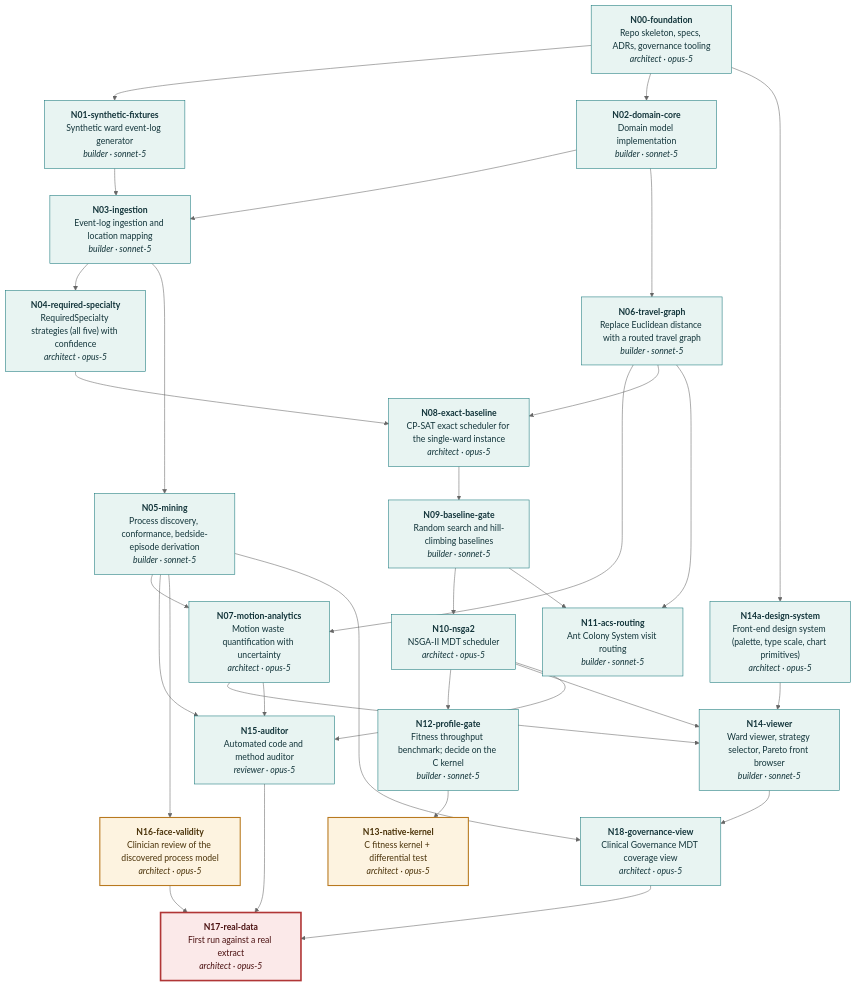
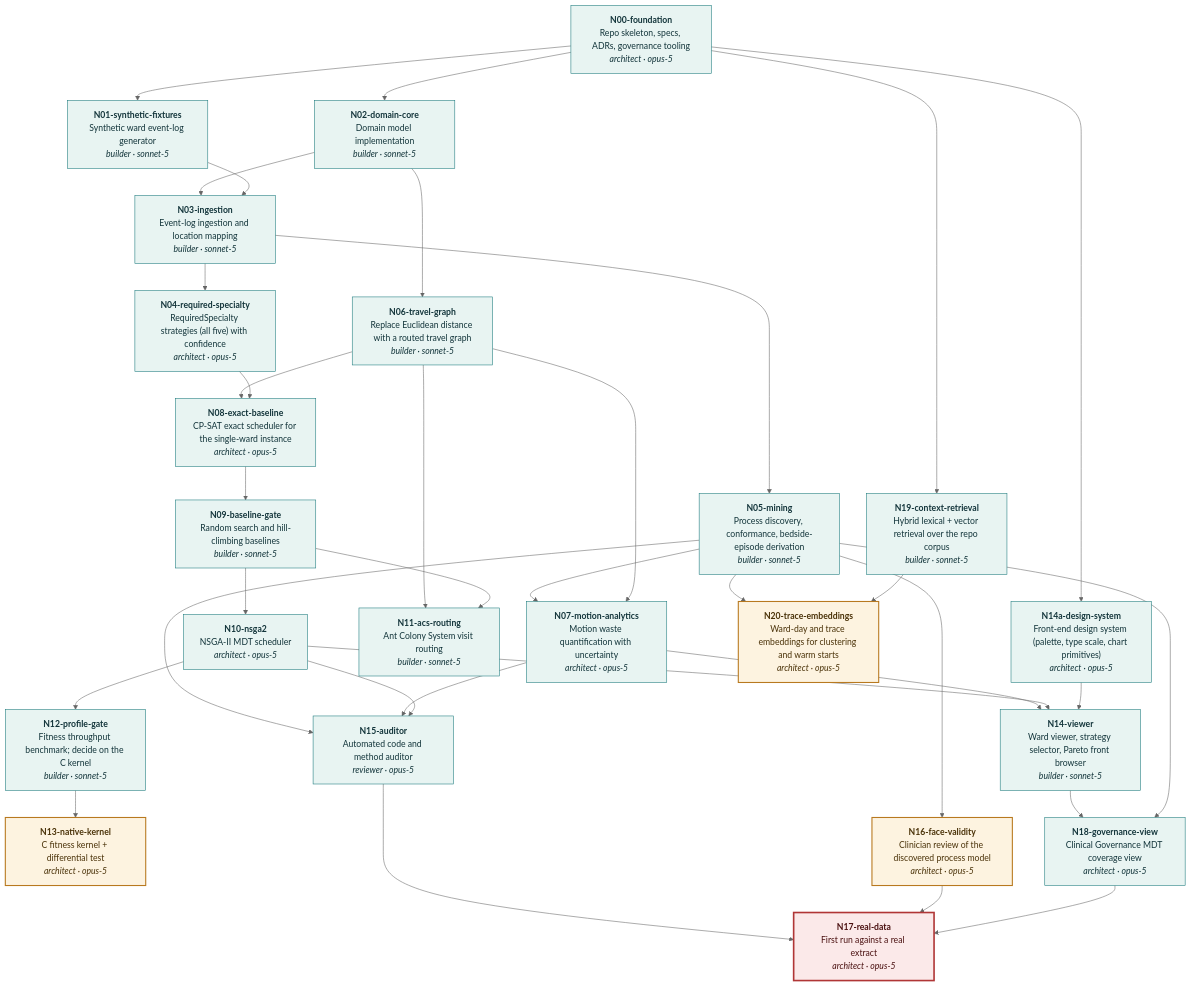
Before and after one commit to mmonfar/hospital-ward-process-mining: the diagram in orchestration/graph.mmd, drawn with Mermaid (neutral theme). The commit also changed 31 other files, not shown here.

```diff
--- a/orchestration/graph.mmd
+++ b/orchestration/graph.mmd
@@ -1,57 +1,62 @@
 %% GENERATED by `hwpm govern graph --mermaid`. Edit graph.yaml instead.
 flowchart TD
   classDef auto fill:#e8f4f2,stroke:#16777a,color:#12343a;
   classDef confirm fill:#fdf3e0,stroke:#b8791f,color:#4a3208,stroke-width:2px;
   classDef stop fill:#fbe9e9,stroke:#b03636,color:#4a1010,stroke-width:3px;
 
   N00-foundation["<b>N00-foundation</b><br/>Repo skeleton, specs, ADRs, governance tooling<br/><i>architect · opus-5</i>"]:::auto
   N01-synthetic-fixtures["<b>N01-synthetic-fixtures</b><br/>Synthetic ward event-log generator<br/><i>builder · sonnet-5</i>"]:::auto
   N02-domain-core["<b>N02-domain-core</b><br/>Domain model implementation<br/><i>builder · sonnet-5</i>"]:::auto
   N03-ingestion["<b>N03-ingestion</b><br/>Event-log ingestion and location mapping<br/><i>builder · sonnet-5</i>"]:::auto
   N04-required-specialty["<b>N04-required-specialty</b><br/>RequiredSpecialty strategies (all five) with confidence<br/><i>architect · opus-5</i>"]:::auto
   N05-mining["<b>N05-mining</b><br/>Process discovery, conformance, bedside-episode derivation<br/><i>builder · sonnet-5</i>"]:::auto
   N06-travel-graph["<b>N06-travel-graph</b><br/>Replace Euclidean distance with a routed travel graph<br/><i>builder · sonnet-5</i>"]:::auto
   N07-motion-analytics["<b>N07-motion-analytics</b><br/>Motion waste quantification with uncertainty<br/><i>architect · opus-5</i>"]:::auto
   N08-exact-baseline["<b>N08-exact-baseline</b><br/>CP-SAT exact scheduler for the single-ward instance<br/><i>architect · opus-5</i>"]:::auto
   N09-baseline-gate["<b>N09-baseline-gate</b><br/>Random search and hill-climbing baselines<br/><i>builder · sonnet-5</i>"]:::auto
   N10-nsga2["<b>N10-nsga2</b><br/>NSGA-II MDT scheduler<br/><i>architect · opus-5</i>"]:::auto
   N11-acs-routing["<b>N11-acs-routing</b><br/>Ant Colony System visit routing<br/><i>builder · sonnet-5</i>"]:::auto
   N12-profile-gate["<b>N12-profile-gate</b><br/>Fitness throughput benchmark; decide on the C kernel<br/><i>builder · sonnet-5</i>"]:::auto
   N13-native-kernel["<b>N13-native-kernel</b><br/>C fitness kernel + differential test<br/><i>architect · opus-5</i>"]:::confirm
   N14a-design-system["<b>N14a-design-system</b><br/>Front-end design system (palette, type scale, chart primitives)<br/><i>architect · opus-5</i>"]:::auto
   N14-viewer["<b>N14-viewer</b><br/>Ward viewer, strategy selector, Pareto front browser<br/><i>builder · sonnet-5</i>"]:::auto
   N15-auditor["<b>N15-auditor</b><br/>Automated code and method auditor<br/><i>reviewer · opus-5</i>"]:::auto
   N16-face-validity["<b>N16-face-validity</b><br/>Clinician review of the discovered process model<br/><i>architect · opus-5</i>"]:::confirm
   N18-governance-view["<b>N18-governance-view</b><br/>Clinical Governance MDT coverage view<br/><i>architect · opus-5</i>"]:::auto
+  N19-context-retrieval["<b>N19-context-retrieval</b><br/>Hybrid lexical + vector retrieval over the repo corpus<br/><i>builder · sonnet-5</i>"]:::auto
+  N20-trace-embeddings["<b>N20-trace-embeddings</b><br/>Ward-day and trace embeddings for clustering and warm starts<br/><i>architect · opus-5</i>"]:::confirm
   N17-real-data["<b>N17-real-data</b><br/>First run against a real extract<br/><i>architect · opus-5</i>"]:::stop
 
   N00-foundation --> N01-synthetic-fixtures
   N00-foundation --> N02-domain-core
   N02-domain-core --> N03-ingestion
   N01-synthetic-fixtures --> N03-ingestion
   N03-ingestion --> N04-required-specialty
   N03-ingestion --> N05-mining
   N02-domain-core --> N06-travel-graph
   N05-mining --> N07-motion-analytics
   N06-travel-graph --> N07-motion-analytics
   N06-travel-graph --> N08-exact-baseline
   N04-required-specialty --> N08-exact-baseline
   N08-exact-baseline --> N09-baseline-gate
   N09-baseline-gate --> N10-nsga2
   N06-travel-graph --> N11-acs-routing
   N09-baseline-gate --> N11-acs-routing
   N10-nsga2 --> N12-profile-gate
   N12-profile-gate --> N13-native-kernel
   N00-foundation --> N14a-design-system
   N07-motion-analytics --> N14-viewer
   N10-nsga2 --> N14-viewer
   N14a-design-system --> N14-viewer
   N05-mining --> N15-auditor
   N07-motion-analytics --> N15-auditor
   N10-nsga2 --> N15-auditor
   N05-mining --> N16-face-validity
   N14-viewer --> N18-governance-view
   N05-mining --> N18-governance-view
+  N00-foundation --> N19-context-retrieval
+  N05-mining --> N20-trace-embeddings
+  N19-context-retrieval --> N20-trace-embeddings
   N15-auditor --> N17-real-data
   N16-face-validity --> N17-real-data
   N18-governance-view --> N17-real-data
```
